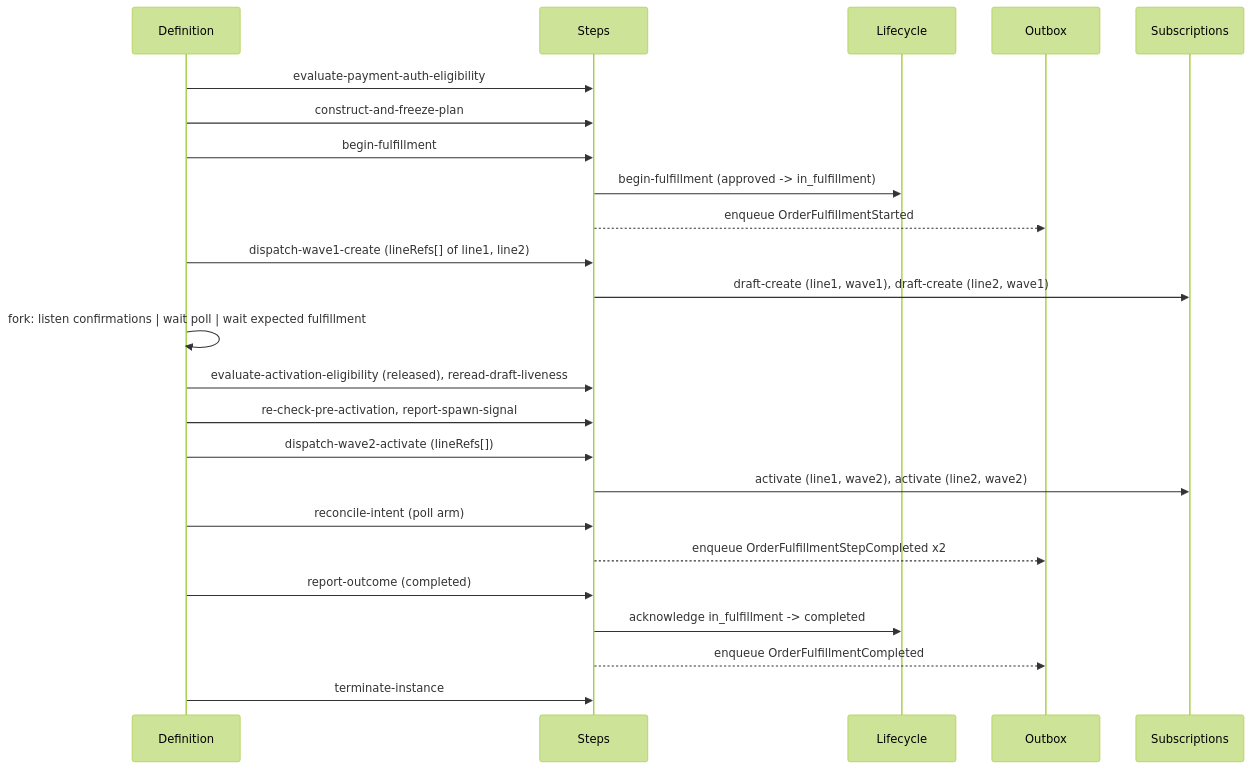
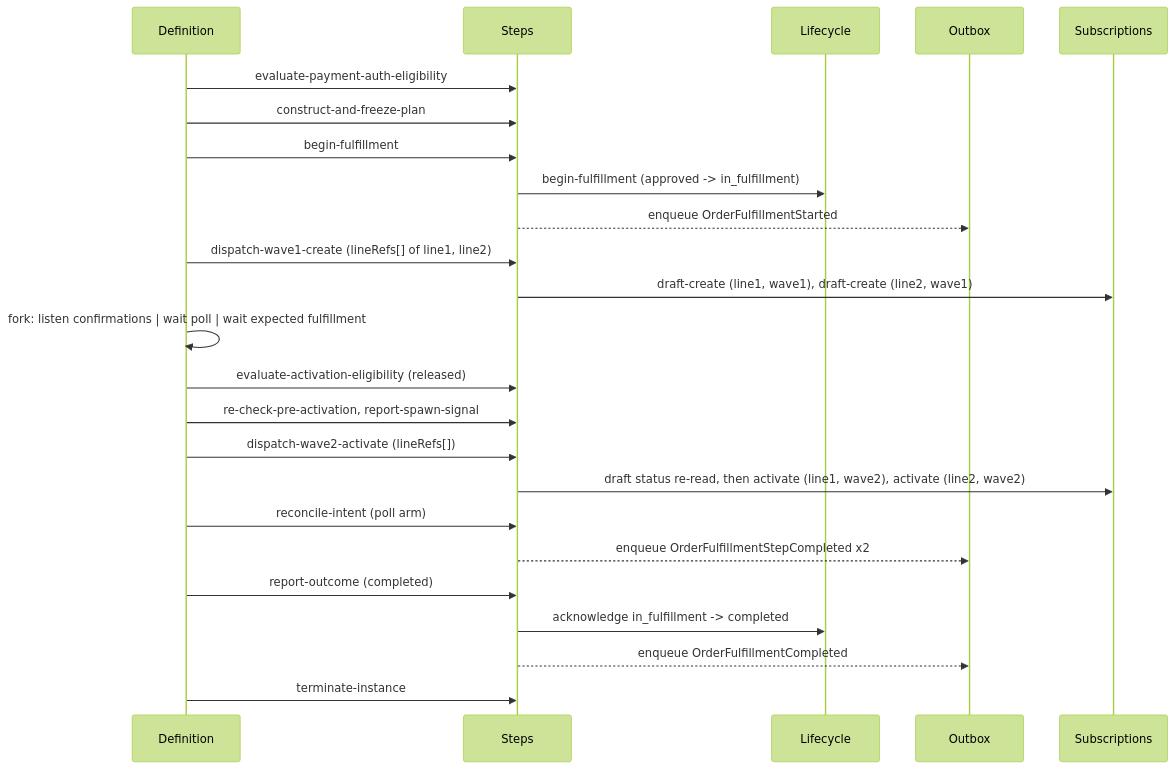
The fourth of 7 diagrams in gears/bss/orders-workflow/docs/DESIGN.md (constructorfabric/gears-rust), drawn with Mermaid (forest theme) before and after one commit. The commit also changed other lines of this file and 8 other files, not shown here.

````diff
--- a/gears/bss/orders-workflow/docs/DESIGN.md
+++ b/gears/bss/orders-workflow/docs/DESIGN.md
@@ -842,21 +842,21 @@
 ```mermaid
 sequenceDiagram
     Definition ->> Steps: evaluate-payment-auth-eligibility
     Definition ->> Steps: construct-and-freeze-plan
     Definition ->> Steps: begin-fulfillment
     Steps ->> Lifecycle: begin-fulfillment (approved -> in_fulfillment)
     Steps -->> Outbox: enqueue OrderFulfillmentStarted
     Definition ->> Steps: dispatch-wave1-create (lineRefs[] of line1, line2)
     Steps ->> Subscriptions: draft-create (line1, wave1), draft-create (line2, wave1)
     Definition ->> Definition: fork: listen confirmations | wait poll | wait expected fulfillment
-    Definition ->> Steps: evaluate-activation-eligibility (released), reread-draft-liveness
+    Definition ->> Steps: evaluate-activation-eligibility (released)
     Definition ->> Steps: re-check-pre-activation, report-spawn-signal
     Definition ->> Steps: dispatch-wave2-activate (lineRefs[])
-    Steps ->> Subscriptions: activate (line1, wave2), activate (line2, wave2)
+    Steps ->> Subscriptions: draft status re-read, then activate (line1, wave2), activate (line2, wave2)
     Definition ->> Steps: reconcile-intent (poll arm)
     Steps -->> Outbox: enqueue OrderFulfillmentStepCompleted x2
     Definition ->> Steps: report-outcome (completed)
     Steps ->> Lifecycle: acknowledge in_fulfillment -> completed
     Steps -->> Outbox: enqueue OrderFulfillmentCompleted
     Definition ->> Steps: terminate-instance
 ```
````
